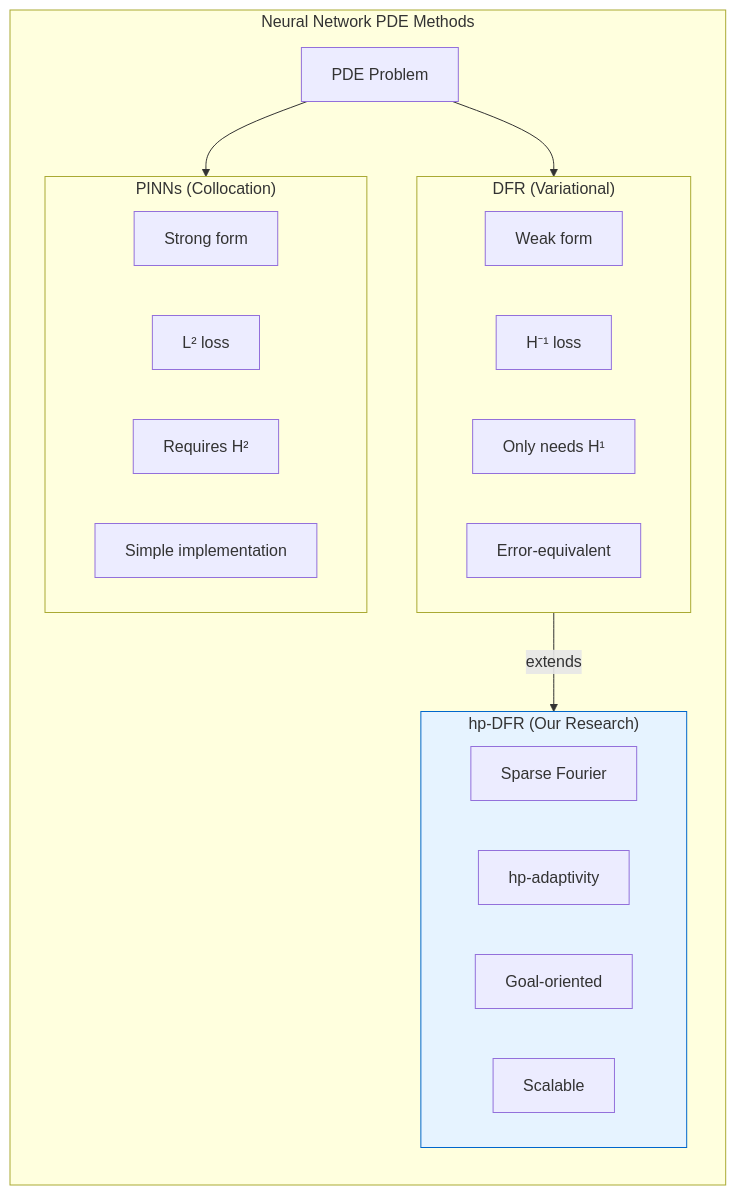
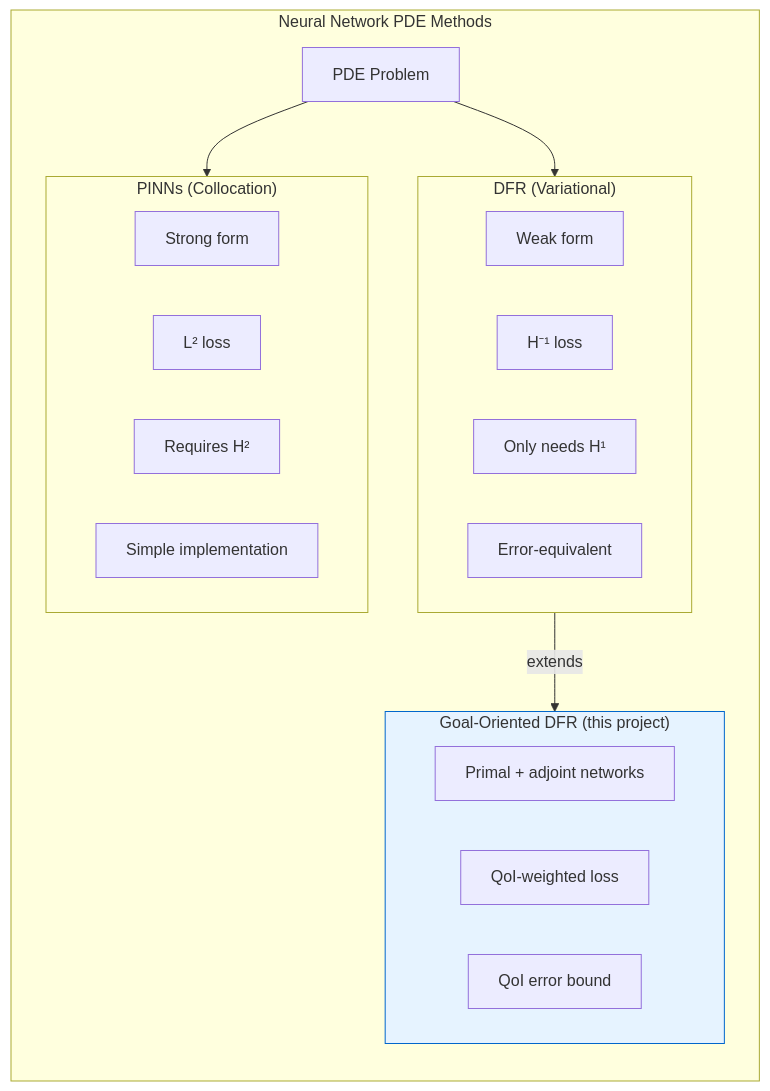
Before and after one commit to caverac/hp-dfr: the diagram in packages/docs/docs/theory/comparison.md, drawn with Mermaid. The commit also changed 36 other files, not shown here.

````diff
--- a/packages/docs/docs/theory/comparison.md
+++ b/packages/docs/docs/theory/comparison.md
@@ -9,34 +9,33 @@
 ```mermaid
 flowchart TD
     subgraph Methods["Neural Network PDE Methods"]
         direction TB
         PDE["PDE Problem"]
 
         subgraph PINNs["PINNs (Collocation)"]
             P1["Strong form"]
             P2["L² loss"]
             P3["Requires H²"]
             P4["Simple implementation"]
         end
 
         subgraph DFR["DFR (Variational)"]
             D1["Weak form"]
             D2["H⁻¹ loss"]
             D3["Only needs H¹"]
             D4["Error-equivalent"]
         end
 
-        subgraph hpDFR["hp-DFR (Our Research)"]
-            H1["Sparse Fourier"]
-            H2["hp-adaptivity"]
-            H3["Goal-oriented"]
-            H4["Scalable"]
+        subgraph GODFR["Goal-Oriented DFR (this project)"]
+            H1["Primal + adjoint networks"]
+            H2["QoI-weighted loss"]
+            H3["QoI error bound"]
         end
     end
 
     PDE --> PINNs
     PDE --> DFR
-    DFR -->|"extends"| hpDFR
+    DFR -->|"extends"| GODFR
 
-    style hpDFR fill:#e6f3ff,stroke:#0066cc
+    style GODFR fill:#e6f3ff,stroke:#0066cc
 ```
````
